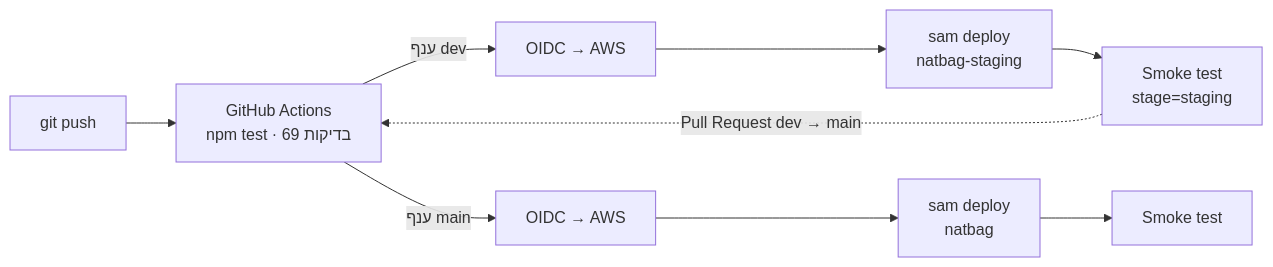
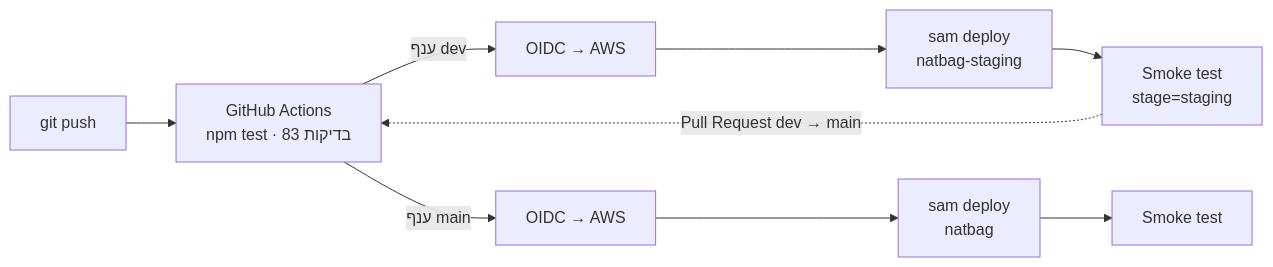
Before and after one commit to ackerme/natbag-monitor: the second of 2 diagrams in README.md, drawn with Mermaid. The commit also changed other lines of this file, not shown here.

````diff
--- a/README.md
+++ b/README.md
@@ -124,7 +129,7 @@
 ```mermaid
 flowchart LR
-    D[git push] --> T[GitHub Actions<br/>npm test · 69 בדיקות]
+    D[git push] --> T[GitHub Actions<br/>npm test · 83 בדיקות]
     T -->|ענף dev| SO[OIDC → AWS] --> SS[sam deploy<br/>natbag-staging] --> SH[Smoke test<br/>stage=staging]
     T -->|ענף main| PO[OIDC → AWS] --> PS[sam deploy<br/>natbag] --> PH[Smoke test]
     SH -.->|Pull Request dev → main| T
 ```
````
